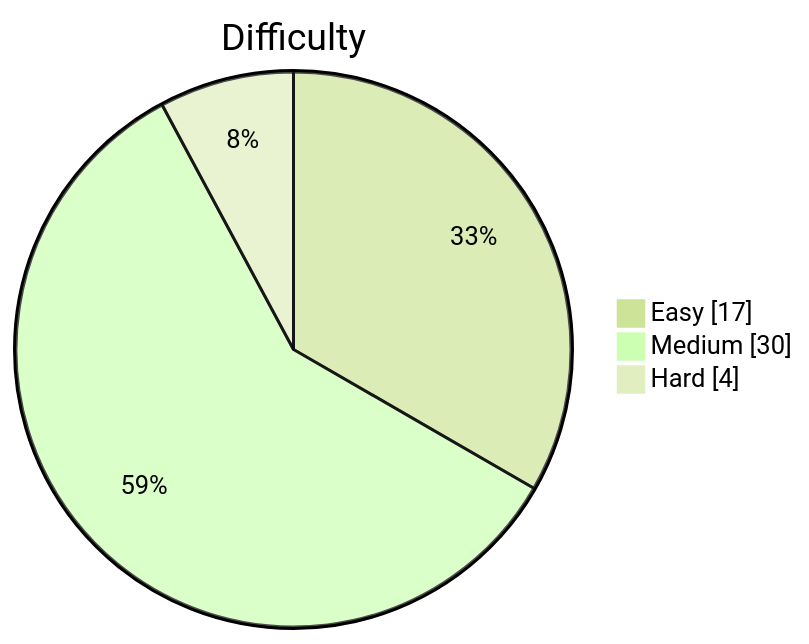
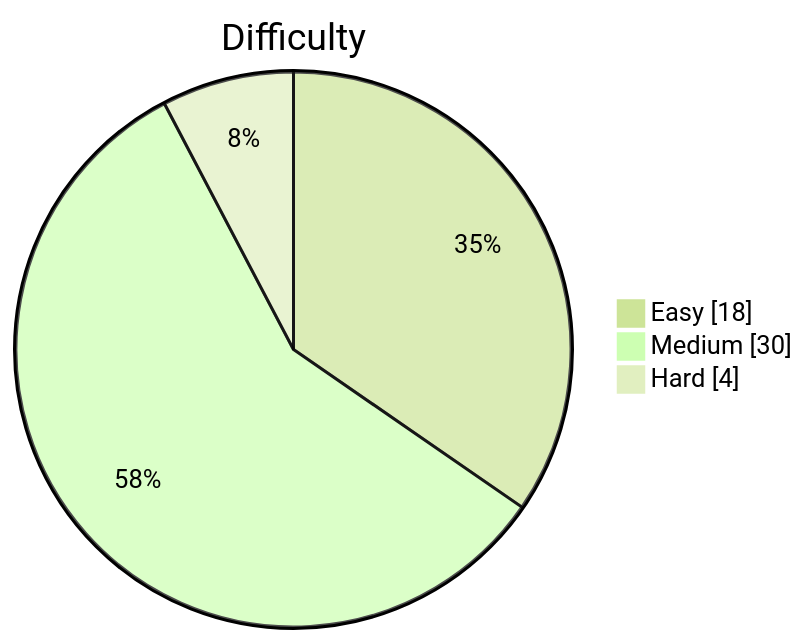
One commit to kevstevie/python-algo-practice changed the diagram in README.md. Above: the diagram before and after it, drawn with Mermaid (forest theme). The commit also changed other lines of this file, not shown here.

````diff
--- a/README.md
+++ b/README.md
@@ -13,7 +13,7 @@
 ```mermaid
 pie showData
     title Difficulty
-    "Easy"   : 17
+    "Easy"   : 18
     "Medium" : 30
     "Hard"   : 4
 ```
````
